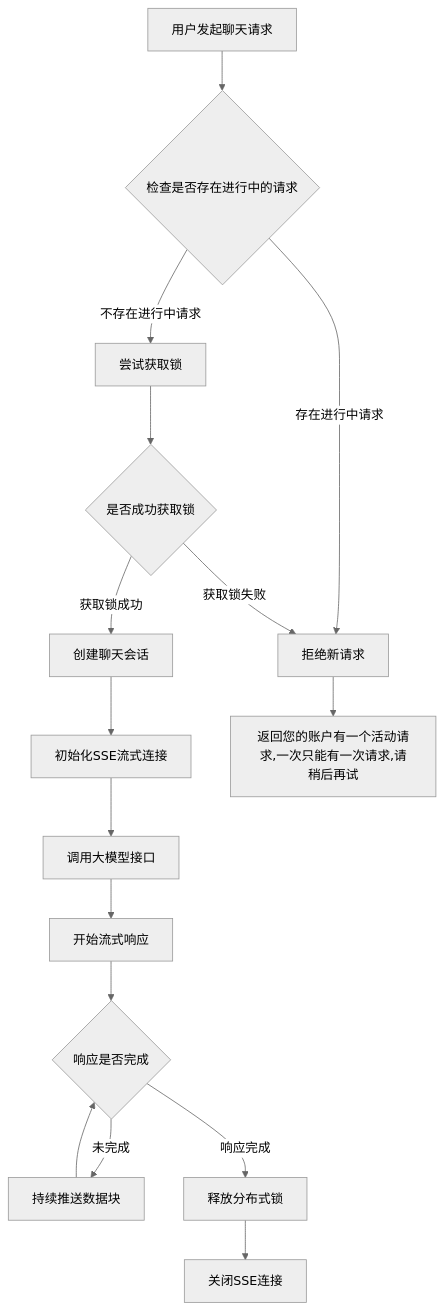
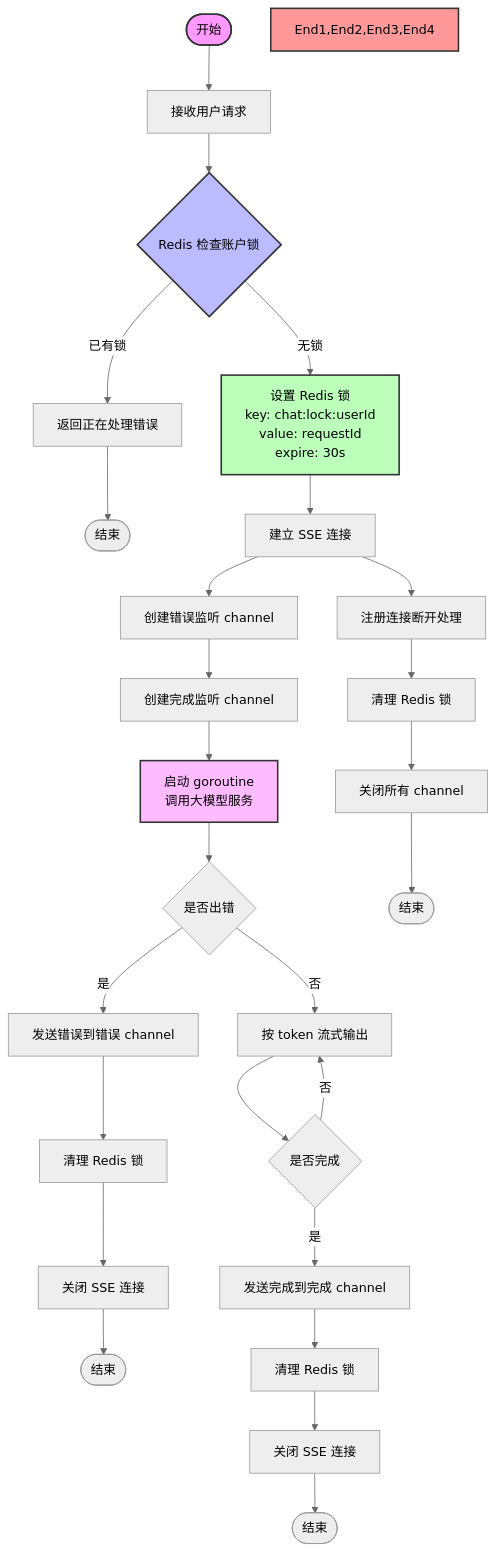
One commit to yingjianzh/iodraw-files changed the diagram in all/chat单用户单请求-15.md. Above: the diagram before and after it, drawn with Mermaid (neutral theme).

Commit message:
2025-01-02 17:23:40 update

````diff
--- a/all/chat单用户单请求-15.md
+++ b/all/chat单用户单请求-15.md
@@ -1,23 +1,41 @@
 ```mermaid
 flowchart TD
-    A[用户发起聊天请求] --> B{检查是否存在进行中的请求}
-    B -->|存在进行中请求| C[拒绝新请求]
-    B -->|不存在进行中请求| D[尝试获取锁]
+    Start([开始]) --> A[接收用户请求]
+    A --> B{Redis 检查账户锁}
     
-    D --> E{是否成功获取锁}
-    E -->|获取锁成功| F[创建聊天会话]
-    E -->|获取锁失败| C
+    B -->|已有锁| C[返回正在处理错误]
+    C --> End1([结束])
     
-    F --> G[初始化SSE流式连接]
-    G --> H[调用大模型接口]
-    H --> I[开始流式响应]
+    B -->|无锁| D[设置 Redis 锁<br>key: chat:lock:userId<br>value: requestId<br>expire: 30s]
+    D --> E[建立 SSE 连接]
     
-    I --> J{响应是否完成}
-    J -->|未完成| K[持续推送数据块]
-    K --> J
+    E --> F[创建错误监听 channel]
+    F --> G[创建完成监听 channel]
+    G --> H[启动 goroutine<br>调用大模型服务]
     
-    J -->|响应完成| L[释放分布式锁]
-    L --> M[关闭SSE连接]
+    H --> I{是否出错}
+    I -->|是| J[发送错误到错误 channel]
+    J --> K[清理 Redis 锁]
+    K --> L[关闭 SSE 连接]
+    L --> End2([结束])
     
-    C --> N[返回您的账户有一个活动请求,一次只能有一次请求,请稍后再试]
+    I -->|否| M[按 token 流式输出]
+    M --> N{是否完成}
+    N -->|否| M
+    N -->|是| O[发送完成到完成 channel]
+    O --> P[清理 Redis 锁]
+    P --> Q[关闭 SSE 连接]
+    Q --> End3([结束])
+    
+    %% 连接断开处理
+    E --> R[注册连接断开处理]
+    R --> S[清理 Redis 锁]
+    S --> T[关闭所有 channel]
+    T --> End4([结束])
+    
+    style Start fill:#f9f,stroke:#333,stroke-width:2px
+    style End1,End2,End3,End4 fill:#f99,stroke:#333,stroke-width:2px
+    style B fill:#bbf,stroke:#333,stroke-width:2px
+    style D fill:#bfb,stroke:#333,stroke-width:2px
+    style H fill:#fbf,stroke:#333,stroke-width:2px
 ```
````
